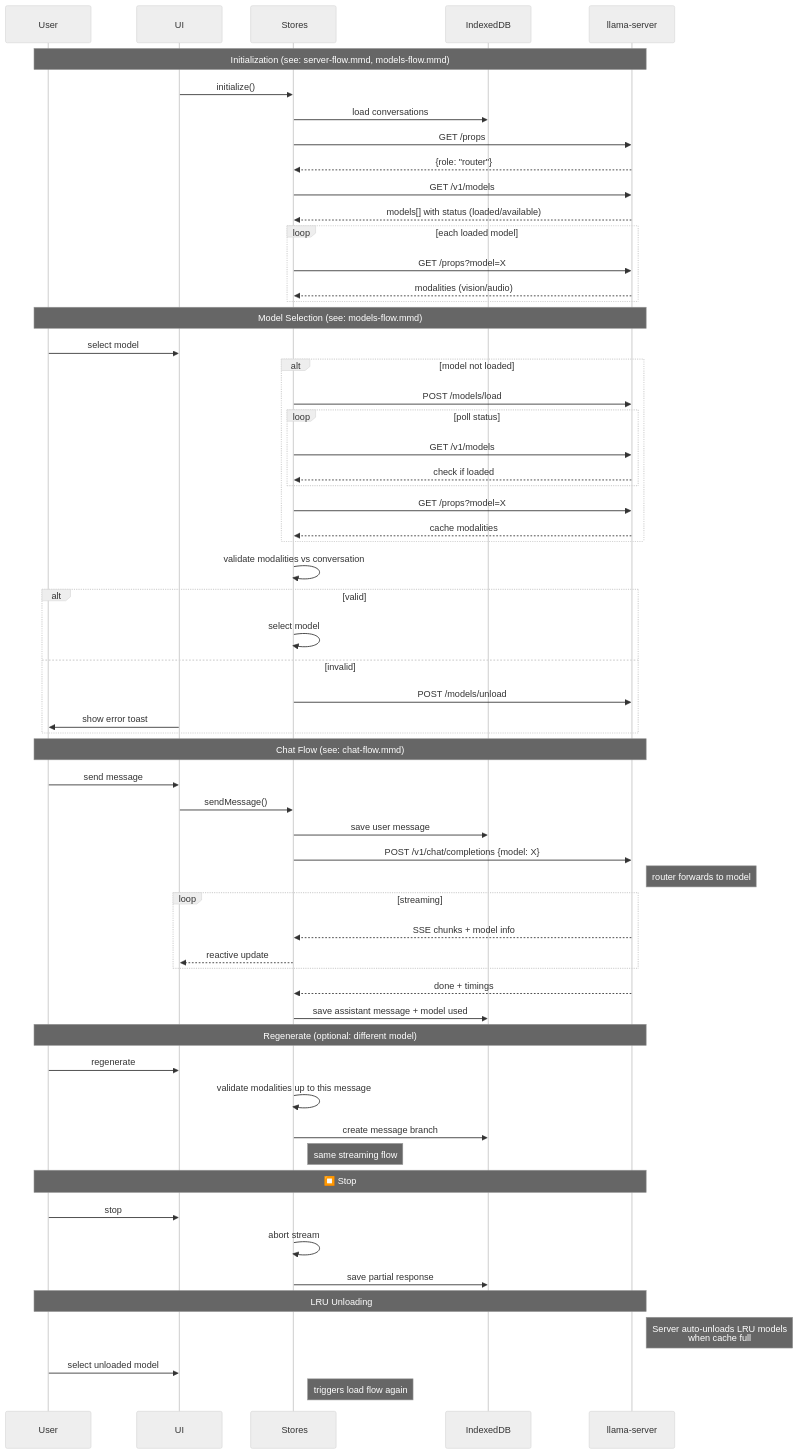
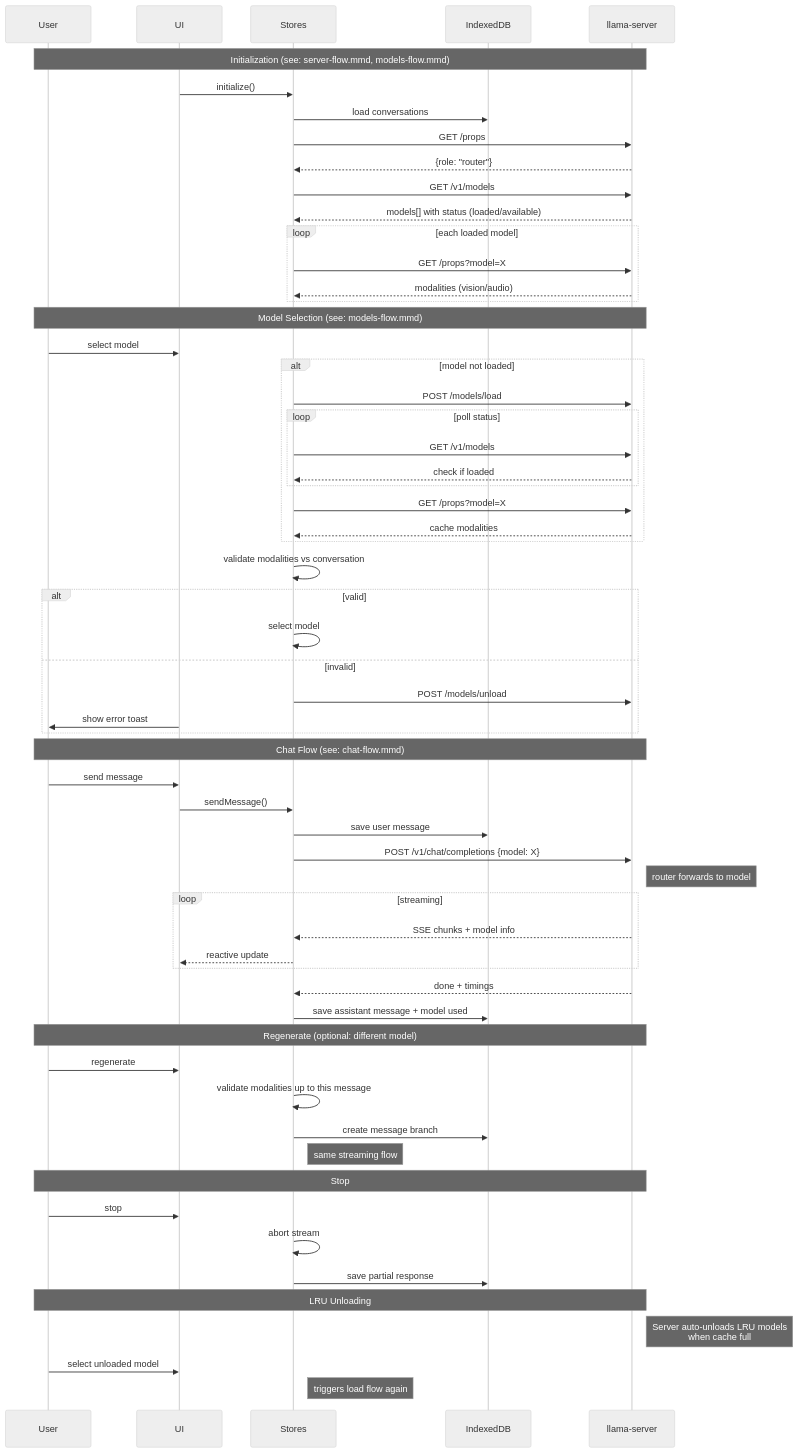
Before and after one commit to Elormyevu/nku-medgemma-conversion: the diagram in mobile/android/llama.cpp/tools/server/webui/docs/flows/data-flow-simplified-router-mode.md, drawn with Mermaid (neutral theme). The commit also changed 93 other files, not shown here.

````diff
--- a/mobile/android/llama.cpp/tools/server/webui/docs/flows/data-flow-simplified-router-mode.md
+++ b/mobile/android/llama.cpp/tools/server/webui/docs/flows/data-flow-simplified-router-mode.md
@@ -1,77 +1,77 @@
 ```mermaid
 %% ROUTER Mode Data Flow (multi-model)
 %% Detailed flows: ./flows/server-flow.mmd, ./flows/models-flow.mmd, ./flows/chat-flow.mmd
 
 sequenceDiagram
-    participant User as  User
-    participant UI as  UI
-    participant Stores as ️ Stores
-    participant DB as  IndexedDB
-    participant API as  llama-server
+  participant User as User
+  participant UI as UI
+  participant Stores as Stores
+  participant DB as IndexedDB
+  participant API as llama-server
 
-    Note over User,API:  Initialization (see: server-flow.mmd, models-flow.mmd)
+  Note over User,API: Initialization (see: server-flow.mmd, models-flow.mmd)
 
-    UI->>Stores: initialize()
-    Stores->>DB: load conversations
-    Stores->>API: GET /props
-    API-->>Stores: {role: "router"}
-    Stores->>API: GET /v1/models
-    API-->>Stores: models[] with status (loaded/available)
-    loop each loaded model
-        Stores->>API: GET /props?model=X
-        API-->>Stores: modalities (vision/audio)
+  UI->>Stores: initialize()
+  Stores->>DB: load conversations
+  Stores->>API: GET /props
+  API-->>Stores: {role: "router"}
+  Stores->>API: GET /v1/models
+  API-->>Stores: models[] with status (loaded/available)
+  loop each loaded model
+    Stores->>API: GET /props?model=X
+    API-->>Stores: modalities (vision/audio)
+  end
+
+  Note over User,API: Model Selection (see: models-flow.mmd)
+
+  User->>UI: select model
+  alt model not loaded
+    Stores->>API: POST /models/load
+    loop poll status
+      Stores->>API: GET /v1/models
+      API-->>Stores: check if loaded
     end
+    Stores->>API: GET /props?model=X
+    API-->>Stores: cache modalities
+  end
+  Stores->>Stores: validate modalities vs conversation
+  alt valid
+    Stores->>Stores: select model
+  else invalid
+    Stores->>API: POST /models/unload
+    UI->>User: show error toast
+  end
 
-    Note over User,API:  Model Selection (see: models-flow.mmd)
+  Note over User,API: Chat Flow (see: chat-flow.mmd)
 
-    User->>UI: select model
-    alt model not loaded
-        Stores->>API: POST /models/load
-        loop poll status
-            Stores->>API: GET /v1/models
-            API-->>Stores: check if loaded
-        end
-        Stores->>API: GET /props?model=X
-        API-->>Stores: cache modalities
-    end
-    Stores->>Stores: validate modalities vs conversation
-    alt valid
-        Stores->>Stores: select model
-    else invalid
-        Stores->>API: POST /models/unload
-        UI->>User: show error toast
-    end
+  User->>UI: send message
+  UI->>Stores: sendMessage()
+  Stores->>DB: save user message
+  Stores->>API: POST /v1/chat/completions {model: X}
+  Note right of API: router forwards to model
+  loop streaming
+    API-->>Stores: SSE chunks + model info
+    Stores-->>UI: reactive update
+  end
+  API-->>Stores: done + timings
+  Stores->>DB: save assistant message + model used
 
-    Note over User,API:  Chat Flow (see: chat-flow.mmd)
+  Note over User,API: Regenerate (optional: different model)
 
-    User->>UI: send message
-    UI->>Stores: sendMessage()
-    Stores->>DB: save user message
-    Stores->>API: POST /v1/chat/completions {model: X}
-    Note right of API: router forwards to model
-    loop streaming
-        API-->>Stores: SSE chunks + model info
-        Stores-->>UI: reactive update
-    end
-    API-->>Stores: done + timings
-    Stores->>DB: save assistant message + model used
+  User->>UI: regenerate
+  Stores->>Stores: validate modalities up to this message
+  Stores->>DB: create message branch
+  Note right of Stores: same streaming flow
 
-    Note over User,API:  Regenerate (optional: different model)
+  Note over User,API: Stop
 
-    User->>UI: regenerate
-    Stores->>Stores: validate modalities up to this message
-    Stores->>DB: create message branch
-    Note right of Stores: same streaming flow
+  User->>UI: stop
+  Stores->>Stores: abort stream
+  Stores->>DB: save partial response
 
-    Note over User,API: ⏹️ Stop
+  Note over User,API: LRU Unloading
 
-    User->>UI: stop
-    Stores->>Stores: abort stream
-    Stores->>DB: save partial response
-
-    Note over User,API: ️ LRU Unloading
-
-    Note right of API: Server auto-unloads LRU models<br/>when cache full
-    User->>UI: select unloaded model
-    Note right of Stores: triggers load flow again
+  Note right of API: Server auto-unloads LRU models<br/>when cache full
+  User->>UI: select unloaded model
+  Note right of Stores: triggers load flow again
 ```
````
